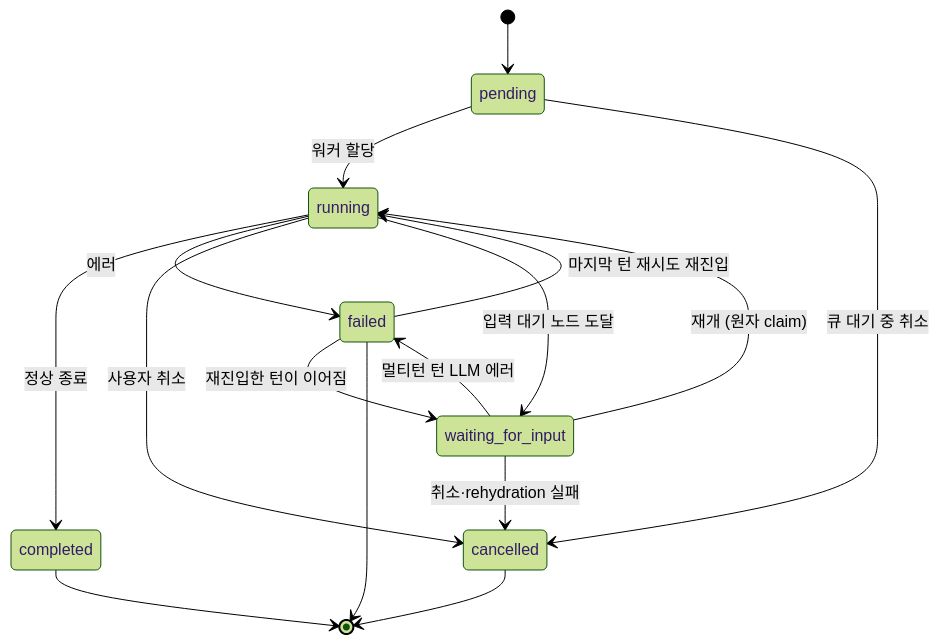
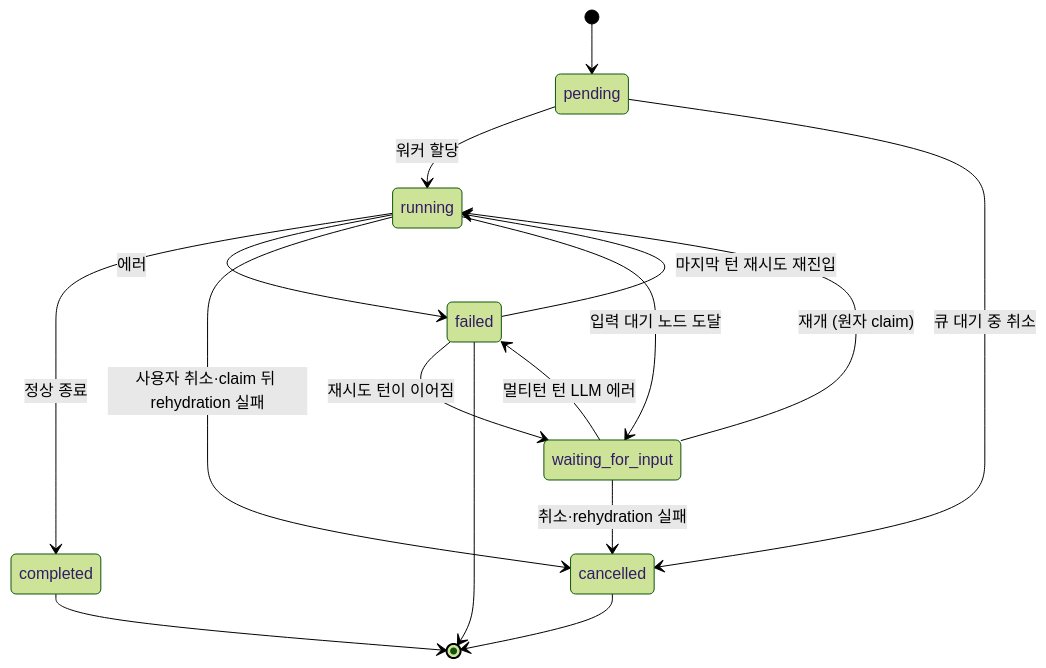
The first of 5 diagrams in spec/CLE-EXEC/CLE-EXEC-STATE.md (worker-ants/clemvion), drawn with Mermaid (forest theme) before and after one commit. The commit also changed other lines of this file and 5 other files, not shown here.

````diff
--- a/spec/CLE-EXEC/CLE-EXEC-STATE.md
+++ b/spec/CLE-EXEC/CLE-EXEC-STATE.md
@@ -41,18 +41,18 @@
 ```mermaid
 stateDiagram-v2
   [*] --> pending
   pending --> running: 워커 할당
   pending --> cancelled: 큐 대기 중 취소
   running --> completed: 정상 종료
   running --> failed: 에러
-  running --> cancelled: 사용자 취소
+  running --> cancelled: 사용자 취소·claim 뒤 rehydration 실패
   running --> waiting_for_input: 입력 대기 노드 도달
   waiting_for_input --> running: 재개 (원자 claim)
   waiting_for_input --> failed: 멀티턴 턴 LLM 에러
   waiting_for_input --> cancelled: 취소·rehydration 실패
   failed --> running: 마지막 턴 재시도 재진입
-  failed --> waiting_for_input: 재진입한 턴이 이어짐
+  failed --> waiting_for_input: 재시도 턴이 이어짐
   completed --> [*]
   failed --> [*]
   cancelled --> [*]
 ```
````
